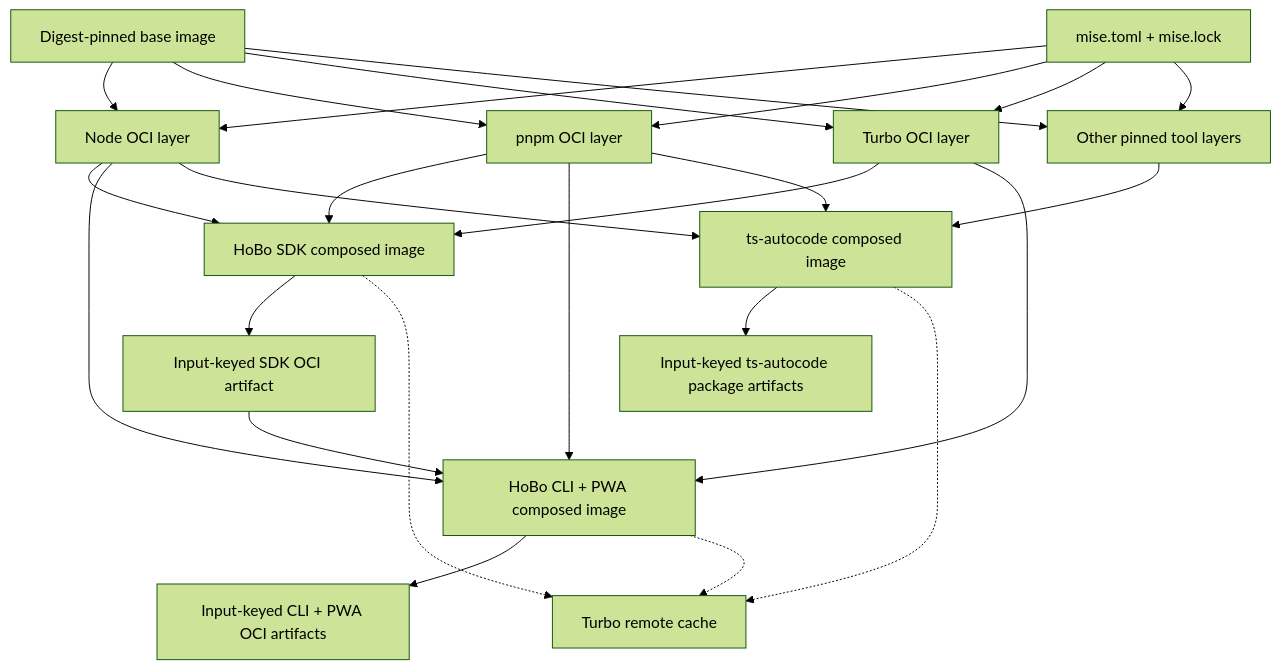
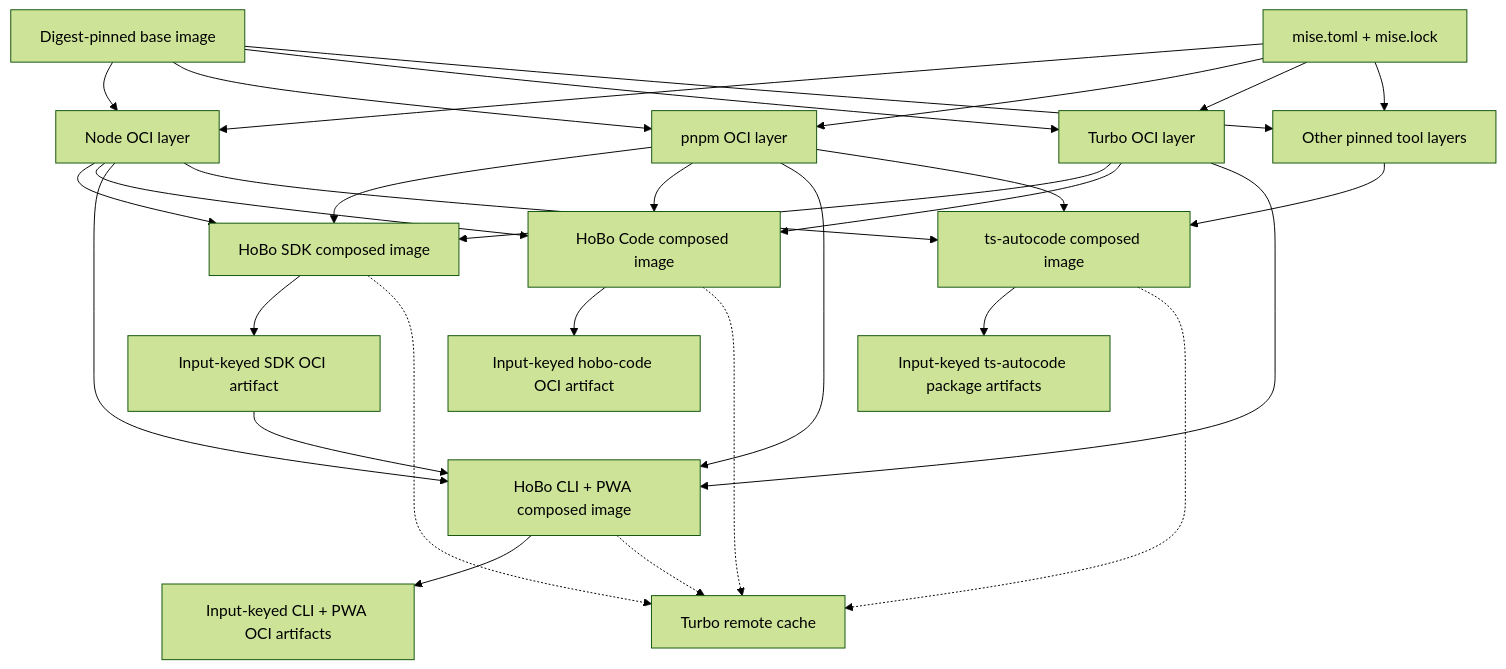
One commit to Hobo-Labs/HoBo changed the diagram in docs/release/pipelines.md. Above: the diagram before and after it, drawn with Mermaid (forest theme). The commit also changed other lines of this file and 7 other files, not shown here.

Commit message:
feat(release): independent @hobo/code pipeline with sharded CI and hobo-code OCI image

````diff
--- a/docs/release/pipelines.md
+++ b/docs/release/pipelines.md
@@ -24,37 +24,42 @@
 ```mermaid
 flowchart TB
     Base["Digest-pinned base image"]
     Lock["mise.toml + mise.lock"]
     Node["Node OCI layer"]
     Pnpm["pnpm OCI layer"]
     Turbo["Turbo OCI layer"]
     Other["Other pinned tool layers"]
 
     Base --> Node
     Base --> Pnpm
     Base --> Turbo
     Base --> Other
     Lock --> Node
     Lock --> Pnpm
     Lock --> Turbo
     Lock --> Other
 
     Node --> SDK["HoBo SDK composed image"]
     Pnpm --> SDK
     Turbo --> SDK
+    Node --> Code["HoBo Code composed image"]
+    Pnpm --> Code
+    Turbo --> Code
     Node --> CLI["HoBo CLI + PWA composed image"]
     Pnpm --> CLI
     Turbo --> CLI
     Node --> TSA["ts-autocode composed image"]
     Pnpm --> TSA
     Other --> TSA
 
     SDK --> SDKArtifact["Input-keyed SDK OCI artifact"]
     SDKArtifact --> CLI
+    Code --> CodeArtifact["Input-keyed hobo-code OCI artifact"]
     CLI --> CLIArtifact["Input-keyed CLI + PWA OCI artifacts"]
     TSA --> TSAArtifacts["Input-keyed ts-autocode package artifacts"]
 
     SDK -.-> TurboCache["Turbo remote cache"]
+    Code -.-> TurboCache
     CLI -.-> TurboCache
     TSA -.-> TurboCache
 ```
````
